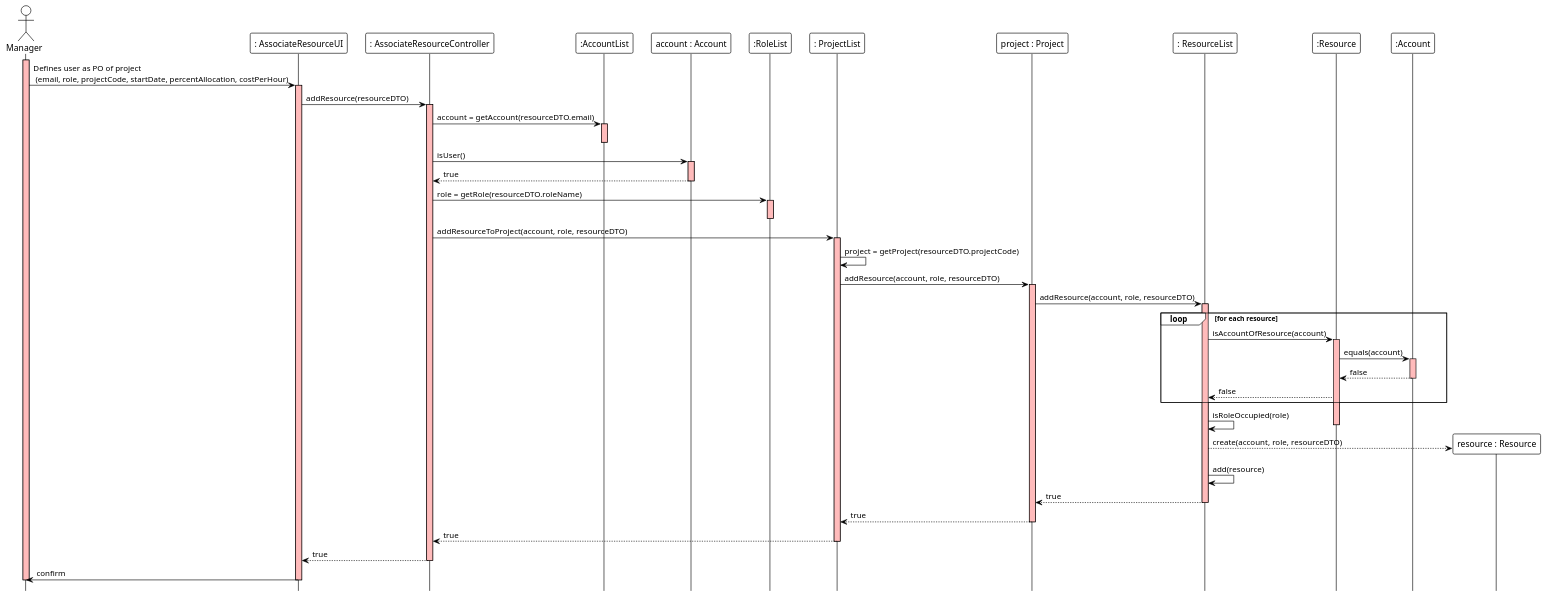
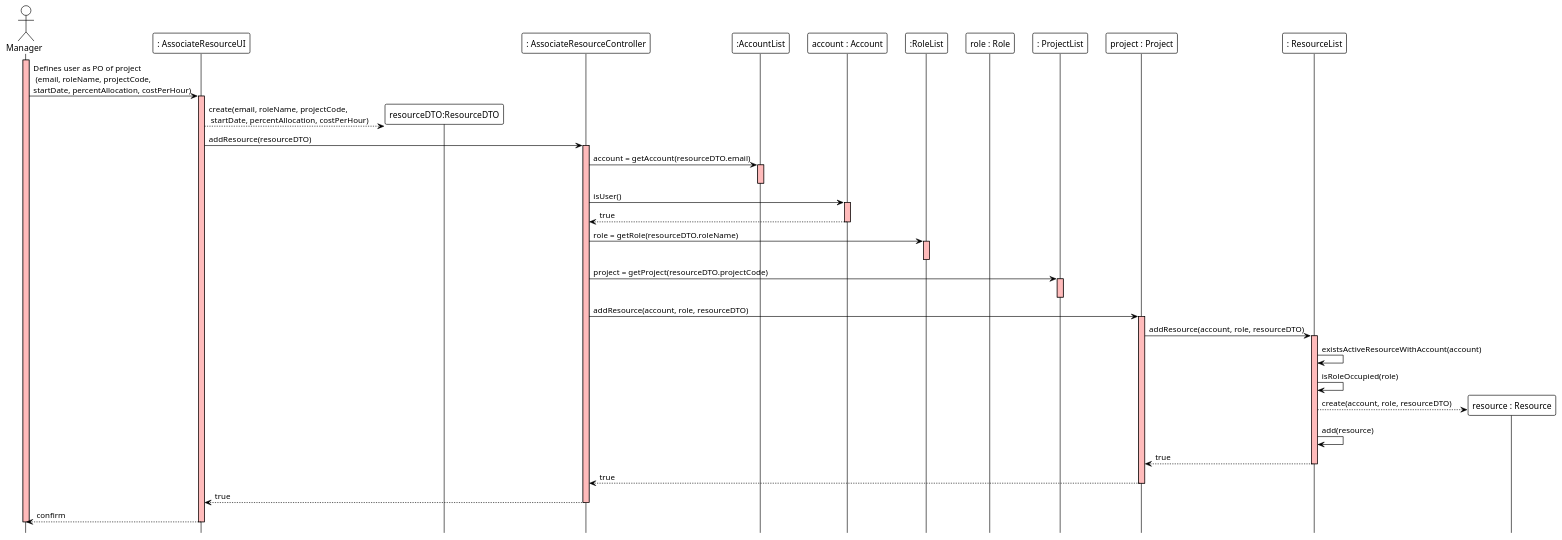
The diagram in docs/modelling_design/user_stories/us012/US012_DefinePOofProjectSD.puml (ivo-menezes/project_g3), drawn with PlantUML before and after one commit. The commit also changed 1 other file, not shown here.

Commit message:
US012: Design: update class diagram and sequence diagram

```diff
--- a/docs/modelling_design/user_stories/us012/US012_DefinePOofProjectSD.puml
+++ b/docs/modelling_design/user_stories/us012/US012_DefinePOofProjectSD.puml
@@ -1,82 +1,68 @@
 @startuml
 !theme plain
 hide footbox
 
 Actor Manager
 participant ": AssociateResourceUI" as UI
+participant "resourceDTO:ResourceDTO" as dto
 participant ": AssociateResourceController" as Controller
 participant ":AccountList" as AccountList
 participant "account : Account" as account
 participant ":RoleList" as RoleList
+participant "role : Role" as role
 participant ": ProjectList" as ProjectList
 participant "project : Project" as project
 participant ": ResourceList" as ResourceList
-participant ":Resource" as ResourceClass
-participant ":Account" as AccountClass
 participant "resource : Resource" as resource
 
 activate Manager #FFBBBB
-Manager -> UI : Defines user as PO of project\n (email, role, projectCode, startDate, percentAllocation, costPerHour)
+Manager -> UI : Defines user as PO of project\n (email, roleName, projectCode,\nstartDate, percentAllocation, costPerHour)
 
 activate UI #FFBBBB
+UI --> dto ** : create(email, roleName, projectCode,\n startDate, percentAllocation, costPerHour)
 UI -> Controller : addResource(resourceDTO)
 
 activate Controller #FFBBBB
 Controller -> AccountList : account = getAccount(resourceDTO.email)
 activate AccountList #FFBBBB
 deactivate AccountList
 
 Controller -> account : isUser()
 activate account #FFBBBB
 account --> Controller : true
 deactivate account
 
 Controller -> RoleList : role = getRole(resourceDTO.roleName)
 activate RoleList #FFBBBB
 deactivate RoleList
 
-Controller -> ProjectList : addResourceToProject(account, role, resourceDTO)
+Controller -> ProjectList : project = getProject(resourceDTO.projectCode)
 
 activate ProjectList #FFBBBB
-ProjectList -> ProjectList : project = getProject(resourceDTO.projectCode)
-ProjectList -> project : addResource(account, role, resourceDTO)
+deactivate ProjectList
+Controller -> project : addResource(account, role, resourceDTO)
 
 activate project #FFBBBB
 project -> ResourceList : addResource(account, role, resourceDTO)
 
 activate ResourceList #FFBBBB
-
-loop for each resource
-ResourceList -> ResourceClass : isAccountOfResource(account)
-activate ResourceClass #FFBBBB
-ResourceClass -> AccountClass : equals(account)
-activate AccountClass #FFBBBB
-AccountClass --> ResourceClass : false
-deactivate AccountClass
-ResourceClass --> ResourceList: false
-end
-
+ResourceList -> ResourceList: existsActiveResourceWithAccount(account)
 ResourceList -> ResourceList: isRoleOccupied(role)
-
-deactivate ResourceClass
 
 ResourceList --> resource ** : create(account, role, resourceDTO)
 ResourceList -> ResourceList : add(resource)
 ResourceList --> project: true
 deactivate ResourceList
 
-project --> ProjectList: true
+project --> Controller: true
 deactivate project
-
-ProjectList --> Controller : true
-deactivate ProjectList
 
 Controller --> UI : true
 deactivate Controller
 
-UI -> Manager : confirm
+UI --> Manager : confirm
 deactivate UI
 
 deactivate Manager
 
 @enduml
```
